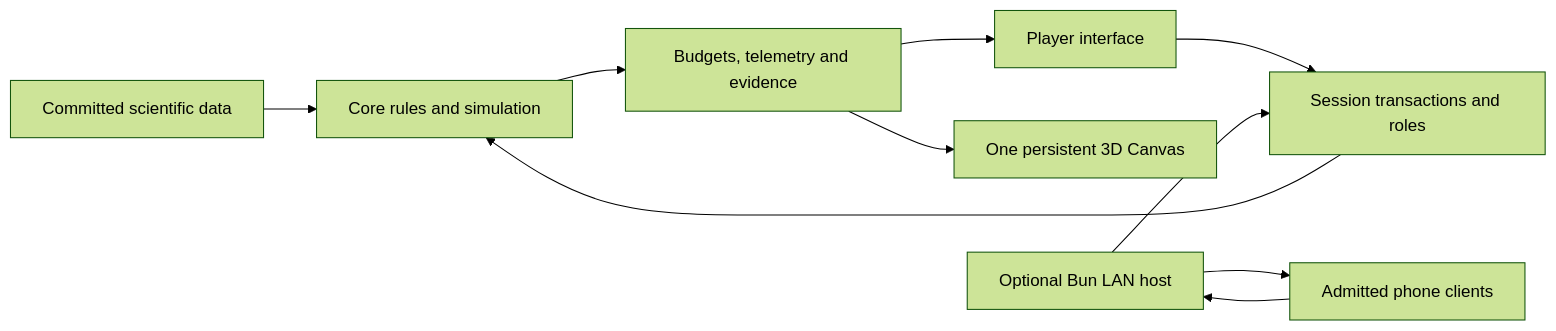
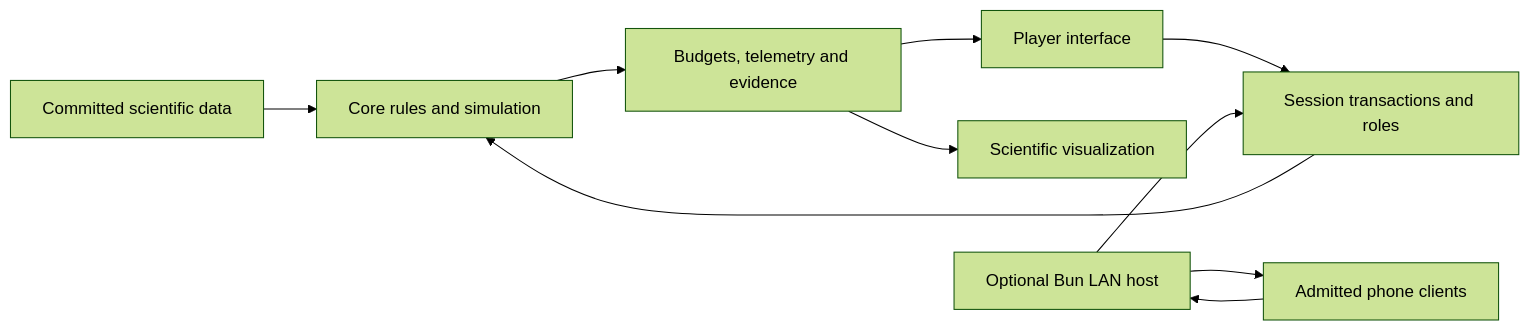
Before and after one commit to devguilhermy/astrix: the diagram in docs/INDEX.md, drawn with Mermaid (forest theme). The commit also changed other lines of this file and 194 other files, not shown here.

````diff
--- a/docs/INDEX.md
+++ b/docs/INDEX.md
@@ -31,12 +33,12 @@
 ```mermaid
 flowchart LR
     Data[Committed scientific data] --> Core[Core rules and simulation]
     UI[Player interface] --> Session[Session transactions and roles]
     Session --> Core
     Core --> Projection[Budgets, telemetry and evidence]
     Projection --> UI
-    Projection --> Scene[One persistent 3D Canvas]
+    Projection --> Scene[Scientific visualization]
     Host[Optional Bun LAN host] --> Session
     Phone[Admitted phone clients] --> Host
     Host --> Phone
 ```
````
